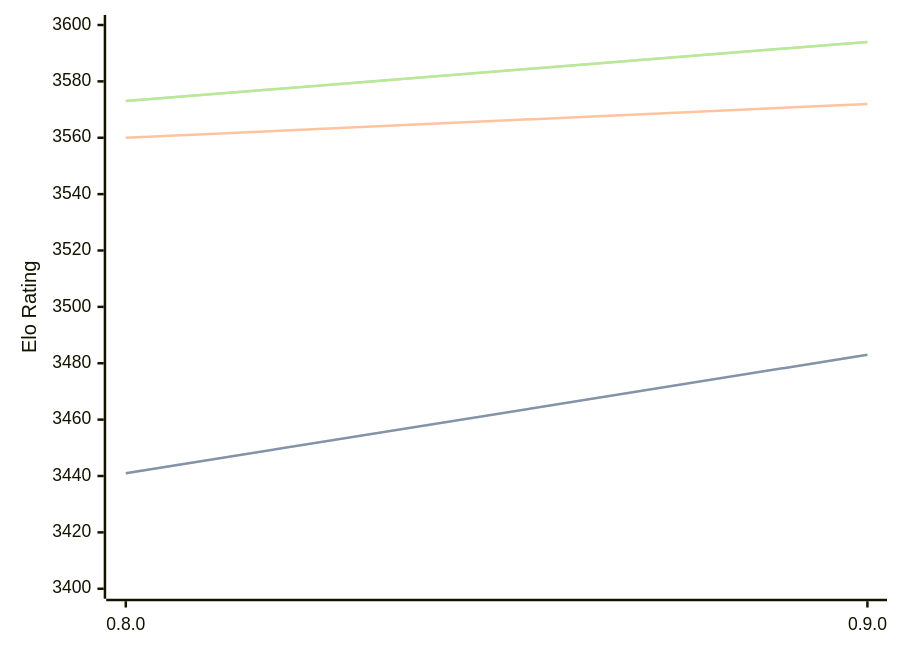
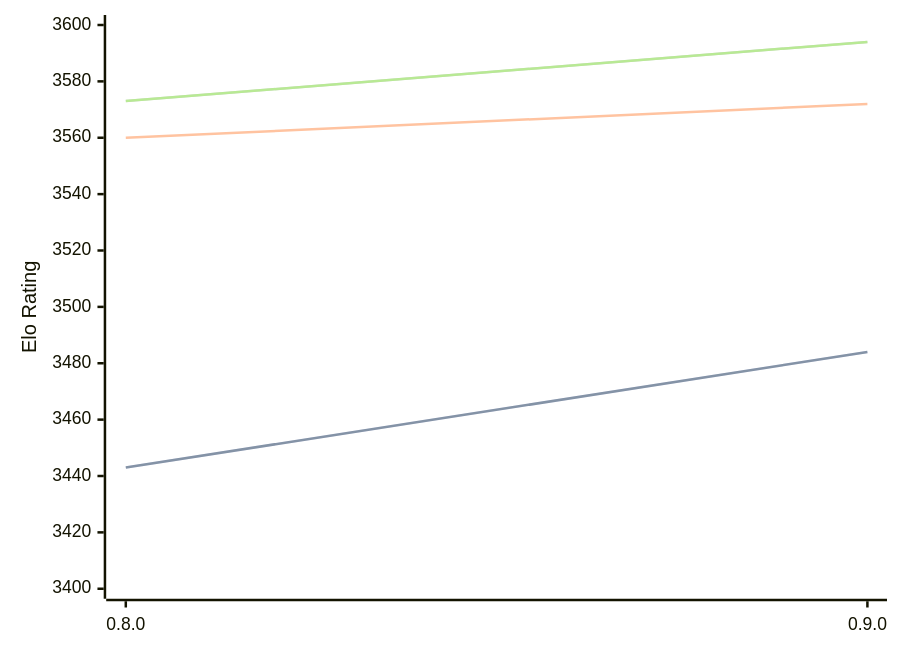
Before and after one commit to computer-chess-index/cci: the diagram in engines/Reckless.md, drawn with Mermaid. The commit also changed other lines of this file, not shown here.

````diff
--- a/engines/Reckless.md
+++ b/engines/Reckless.md
@@ -32,11 +32,11 @@
 ```mermaid
 %%{init: {"theme":"base","themeVariables":{"seriesColors:['#a3a3a3','#222221','#faa371']}}}%%
 xychart-beta
   x-axis ["0.8.0", "0.9.0"]
   y-axis "Elo Rating" 3400 --> 3600
-  line "STC (8.0+0.08s)" [3441, 3483]
-  line "STC (8.0+0.08s)" [3441, 3483]
+  line "STC (8.0+0.08s)" [3443, 3484]
+  line "STC (8.0+0.08s)" [3443, 3484]
   line "LTC (60.0+0.60s)" [3560, 3572]
   line "VLTC (2m24s+1.12s)" [3573, 3594]
   line "VLTC (2m24s+1.12s)" [3573, 3594]
 ```
````
